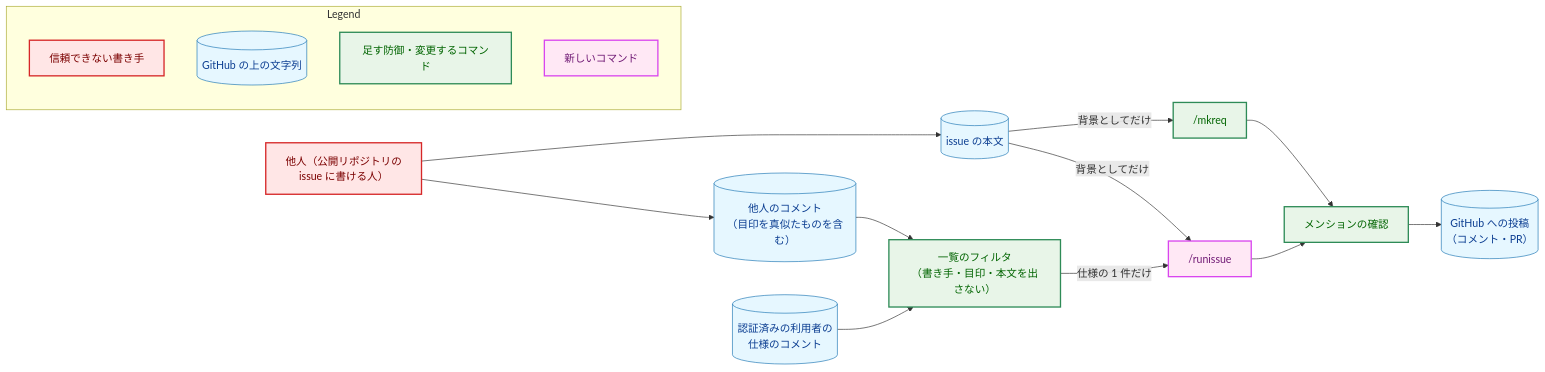
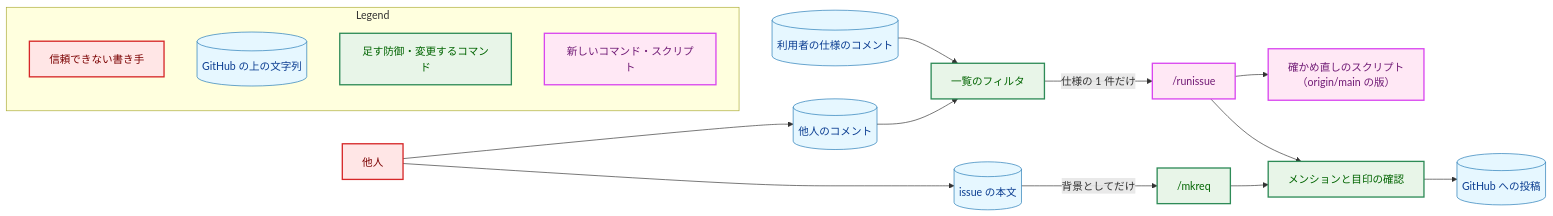
Before and after one commit to isseis/yt2column: the sixth of 8 diagrams in docs/tasks/0061_lightweight_process/02_architecture.md, drawn with Mermaid. The commit also changed other lines of this file, not shown here.

````diff
--- a/docs/tasks/0061_lightweight_process/02_architecture.md
+++ b/docs/tasks/0061_lightweight_process/02_architecture.md
@@ -787,45 +930,45 @@
 ```mermaid
 flowchart LR
     classDef data fill:#e6f7ff,stroke:#1f77b4,stroke-width:1px,color:#0b3d91;
     classDef problem fill:#ffe6e6,stroke:#d62728,stroke-width:2px,color:#7b0000;
     classDef enhanced fill:#e8f5e8,stroke:#2e8b57,stroke-width:2px,color:#006400;
     classDef newpkg fill:#ffe8f5,stroke:#d946ef,stroke-width:2px,color:#701a75;
 
-    OTHER["他人（公開リポジトリの<br>issue に書ける人）"]
+    OTHER["他人"]
     BODY[("issue の本文")]
-    OCOM[("他人のコメント<br>（目印を真似たものを含む）")]
-    UCOM[("認証済みの利用者の<br>仕様のコメント")]
-    FILTER["一覧のフィルタ<br>（書き手・目印・本文を出さない）"]
+    OCOM[("他人のコメント")]
+    UCOM[("利用者の仕様のコメント")]
+    FILTER["一覧のフィルタ"]
     MK["/mkreq"]
     RI["/runissue"]
-    POST[("GitHub への投稿<br>（コメント・PR）")]
-    MC["メンションの確認"]
+    CHECK["確かめ直しのスクリプト<br>（origin/main の版）"]
+    POST[("GitHub への投稿")]
+    MC["メンションと目印の確認"]
 
     OTHER --> BODY
     OTHER --> OCOM
     BODY -->|"背景としてだけ"| MK
-    BODY -->|"背景としてだけ"| RI
     OCOM --> FILTER
     UCOM --> FILTER
     FILTER -->|"仕様の 1 件だけ"| RI
+    RI --> CHECK
     MK --> MC
     RI --> MC
     MC --> POST
 
     class OTHER problem
     class BODY,OCOM,UCOM,POST data
-    class FILTER,MC enhanced
-    class MK enhanced
-    class RI newpkg
+    class FILTER,MC,MK enhanced
+    class RI,CHECK newpkg
 
     subgraph Legend["Legend"]
         L1["信頼できない書き手"]
         L2[("GitHub の上の文字列")]
         L3["足す防御・変更するコマンド"]
-        L4["新しいコマンド"]
+        L4["新しいコマンド・スクリプト"]
     end
     class L1 problem
     class L2 data
     class L3 enhanced
     class L4 newpkg
 ```
````
